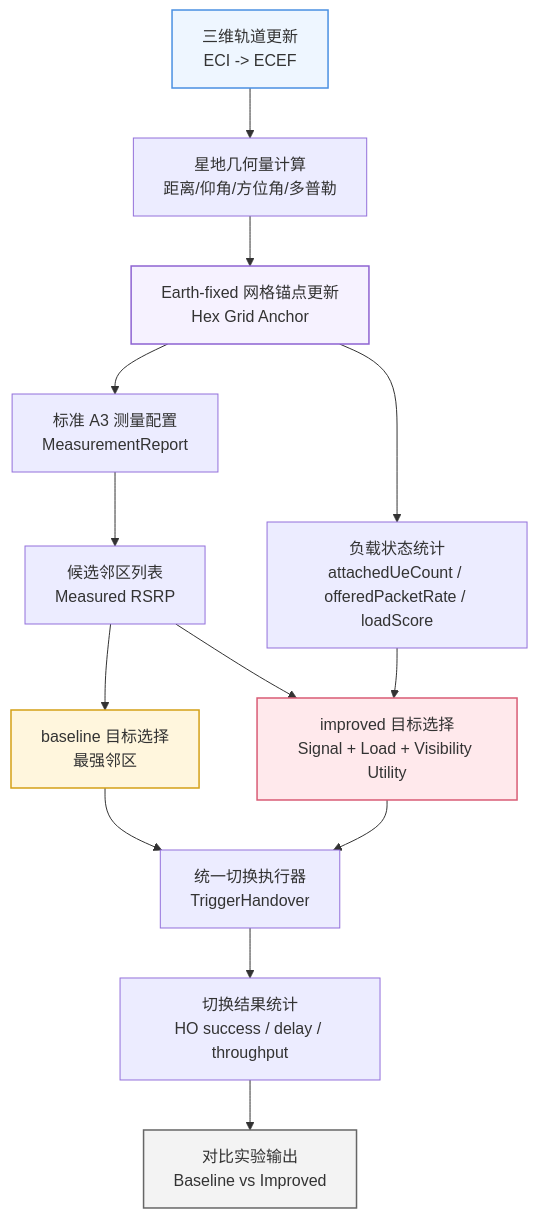
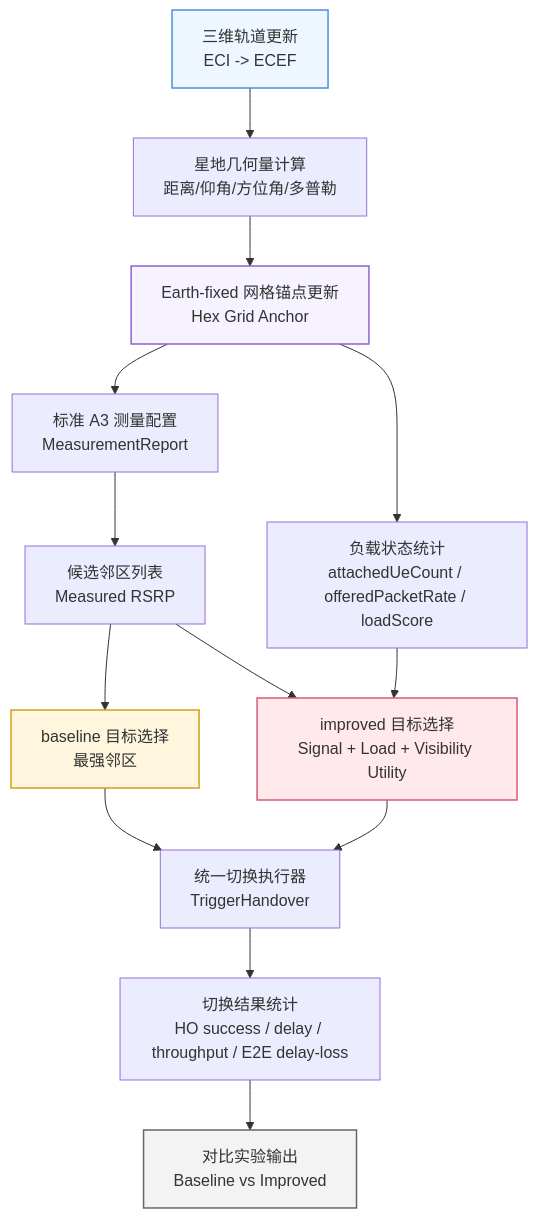
One commit to wwwwwzq0068/ns3-5glena-- changed the second of 2 diagrams in scratch/midterm-report/midterm-handover-flowcharts.md. Above: the diagram before and after it, drawn with Mermaid. The commit also changed other lines of this file and 18 other files, not shown here.

````diff
--- a/scratch/midterm-report/midterm-handover-flowcharts.md
+++ b/scratch/midterm-report/midterm-handover-flowcharts.md
@@ -89,24 +89,24 @@
 ```mermaid
 flowchart TD
     A[三维轨道更新<br/>ECI -> ECEF] --> B[星地几何量计算<br/>距离/仰角/方位角/多普勒]
     B --> C[Earth-fixed 网格锚点更新<br/>Hex Grid Anchor]
     C --> D[标准 A3 测量配置<br/>MeasurementReport]
     D --> E[候选邻区列表<br/>Measured RSRP]
     C --> G[负载状态统计<br/>attachedUeCount / offeredPacketRate / loadScore]
 
     E --> F[baseline 目标选择<br/>最强邻区]
     E --> H[improved 目标选择<br/>Signal + Load + Visibility Utility]
     G --> H
 
     F --> I[统一切换执行器<br/>TriggerHandover]
     H --> I
 
-    I --> K[切换结果统计<br/>HO success / delay / throughput]
+    I --> K[切换结果统计<br/>HO success / delay / throughput / E2E delay-loss]
     K --> L[对比实验输出<br/>Baseline vs Improved]
 
     style A fill:#eef6ff,stroke:#4a90e2,stroke-width:1.5px
     style C fill:#f6f2ff,stroke:#8e63d2,stroke-width:1.5px
     style F fill:#fff6dd,stroke:#d4a017,stroke-width:1.5px
     style H fill:#ffe9ec,stroke:#d95c75,stroke-width:1.5px
     style L fill:#f3f3f3,stroke:#666,stroke-width:1.5px
 ```
````
